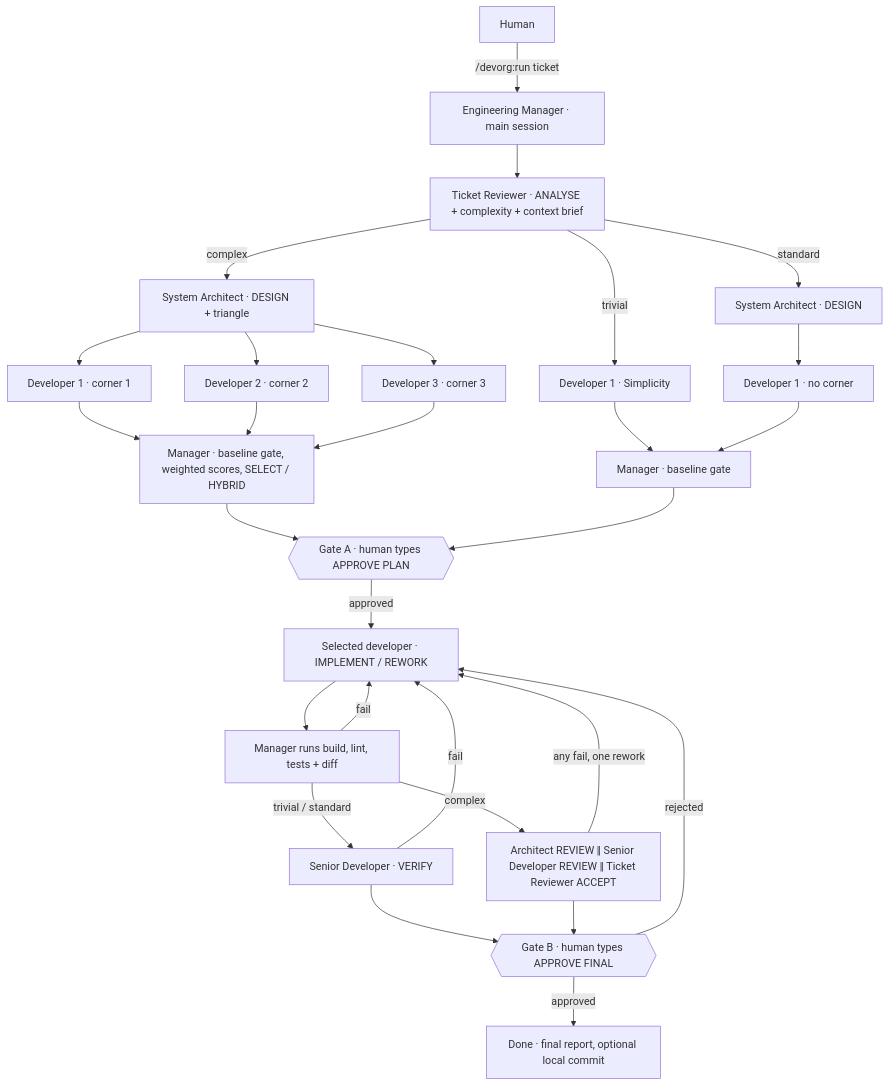
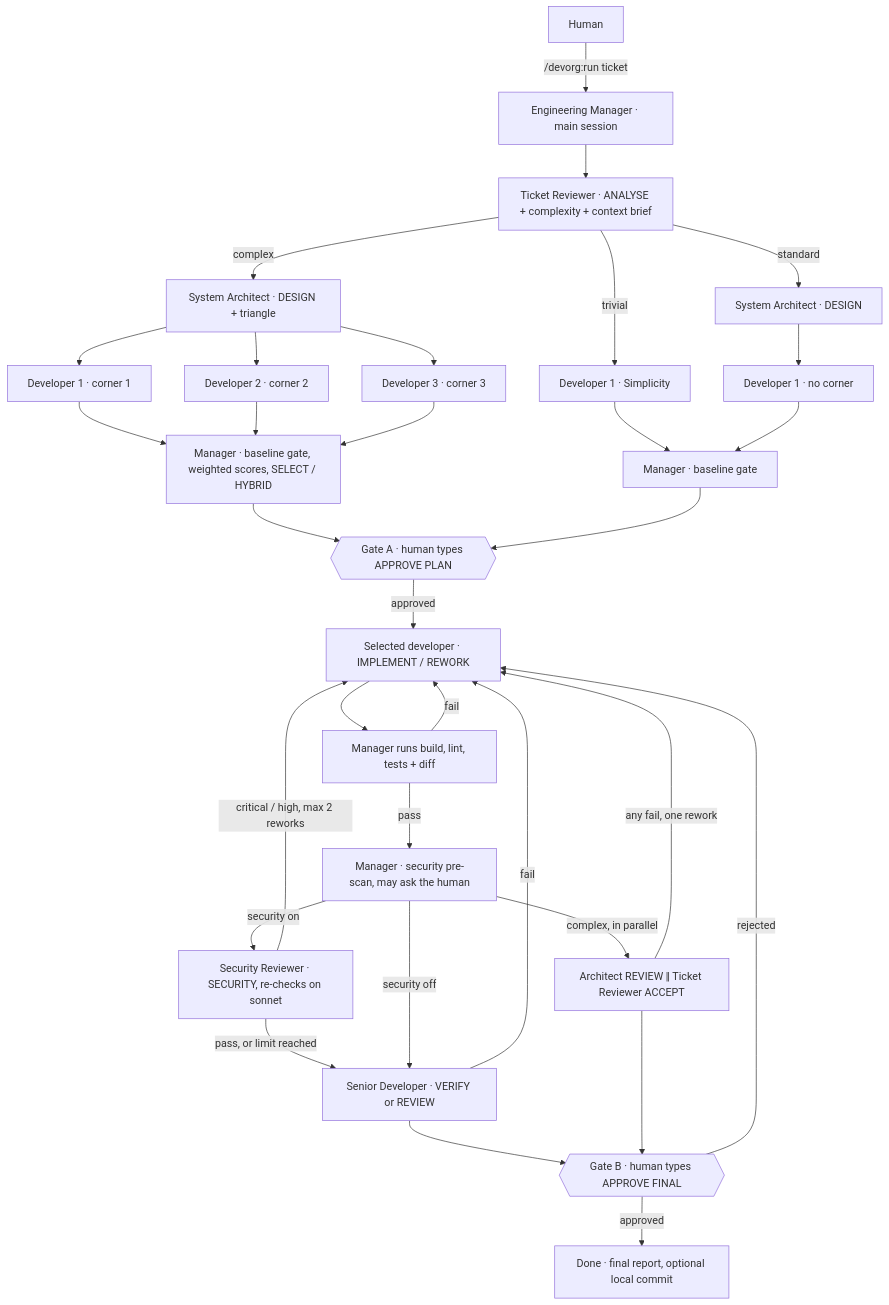
Before and after one commit to Iamaksingh/DevOrg: the diagram in docs/architecture.md, drawn with Mermaid. The commit also changed other lines of this file and 13 other files, not shown here.

````diff
--- a/docs/architecture.md
+++ b/docs/architecture.md
@@ -46,25 +47,29 @@
 ```mermaid
 flowchart TD
     H[Human] -->|/devorg:run ticket| M[Engineering Manager · main session]
     M --> TR[Ticket Reviewer · ANALYSE + complexity + context brief]
     TR -->|trivial| P1[Developer 1 · Simplicity]
     TR -->|standard| SS[System Architect · DESIGN]
     SS --> P1S[Developer 1 · no corner]
     TR -->|complex| SA[System Architect · DESIGN + triangle]
     SA --> D1[Developer 1 · corner 1]
     SA --> D2[Developer 2 · corner 2]
     SA --> D3[Developer 3 · corner 3]
     D1 & D2 & D3 --> C[Manager · baseline gate, weighted scores, SELECT / HYBRID]
     P1 & P1S --> C1[Manager · baseline gate]
     C & C1 --> GA{{Gate A · human types APPROVE PLAN}}
     GA -->|approved| I[Selected developer · IMPLEMENT / REWORK]
     I --> T[Manager runs build, lint, tests + diff]
     T -->|fail| I
-    T -->|trivial / standard| V[Senior Developer · VERIFY]
-    T -->|complex| R[Architect REVIEW ‖ Senior Developer REVIEW ‖ Ticket Reviewer ACCEPT]
-    V -->|fail| I
+    T -->|pass| PS[Manager · security pre-scan, may ask the human]
+    PS -->|security on| S[Security Reviewer · SECURITY, re-checks on sonnet]
+    S -->|critical / high, max 2 reworks| I
+    S -->|pass, or limit reached| SD[Senior Developer · VERIFY or REVIEW]
+    PS -->|security off| SD
+    PS -->|complex, in parallel| R[Architect REVIEW ‖ Ticket Reviewer ACCEPT]
+    SD -->|fail| I
     R -->|any fail, one rework| I
-    V & R --> GB{{Gate B · human types APPROVE FINAL}}
+    SD & R --> GB{{Gate B · human types APPROVE FINAL}}
     GB -->|rejected| I
     GB -->|approved| DONE[Done · final report, optional local commit]
 ```
````
